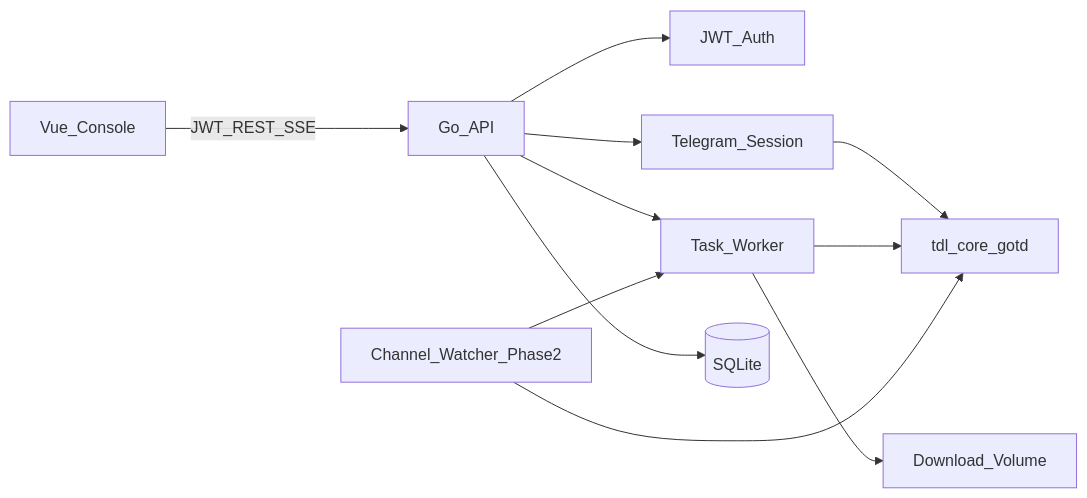
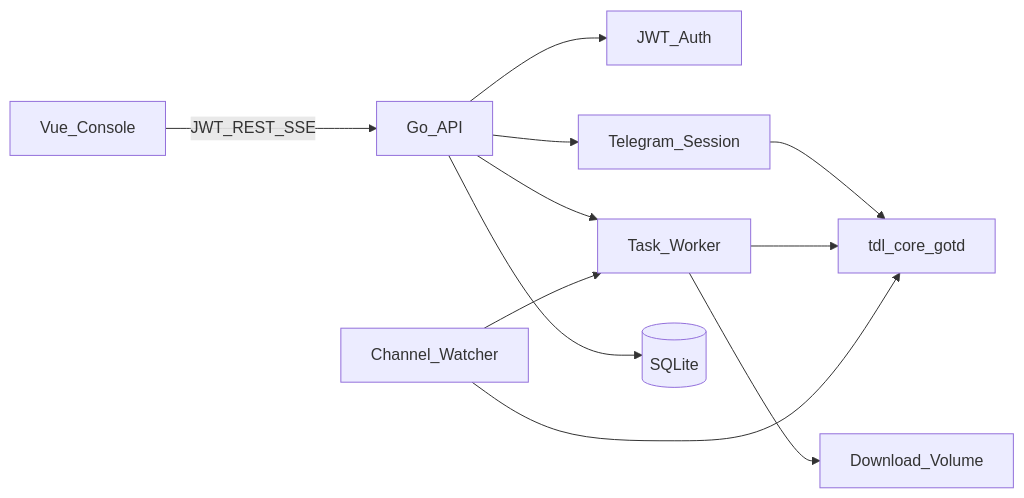
One commit to WannaYoung/tdload changed the diagram in docs/DEVELOPMENT.md. Above: the diagram before and after it, drawn with Mermaid. The commit also changed other lines of this file and 25 other files, not shown here.

````diff
--- a/docs/DEVELOPMENT.md
+++ b/docs/DEVELOPMENT.md
@@ -66,13 +67,13 @@
 ```mermaid
 flowchart LR
   Browser[Vue_Console] -->|JWT_REST_SSE| API[Go_API]
   API --> Auth[JWT_Auth]
   API --> TG[Telegram_Session]
   API --> Queue[Task_Worker]
   TG --> Core[tdl_core_gotd]
   Queue --> Core
   Queue --> Disk[Download_Volume]
   API --> DB[(SQLite)]
-  Watch[Channel_Watcher_Phase2] --> Queue
+  Watch[Channel_Watcher] --> Queue
   Watch --> Core
 ```
````
